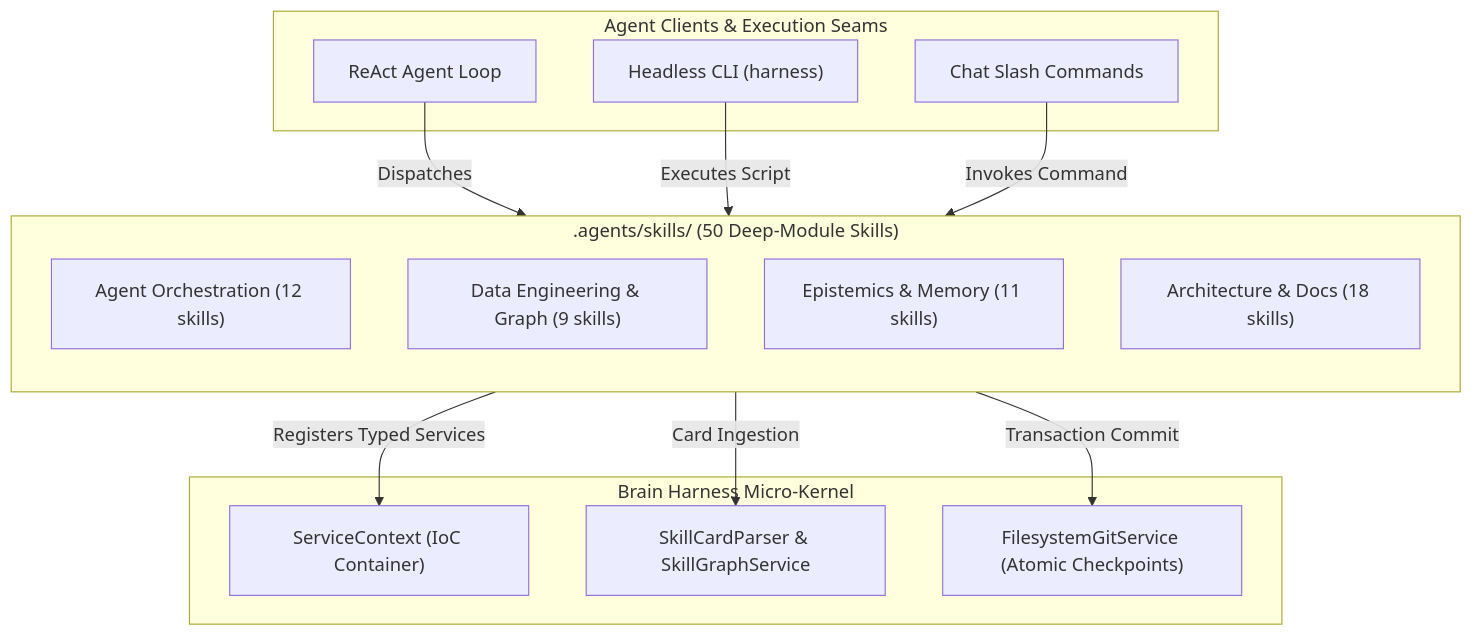
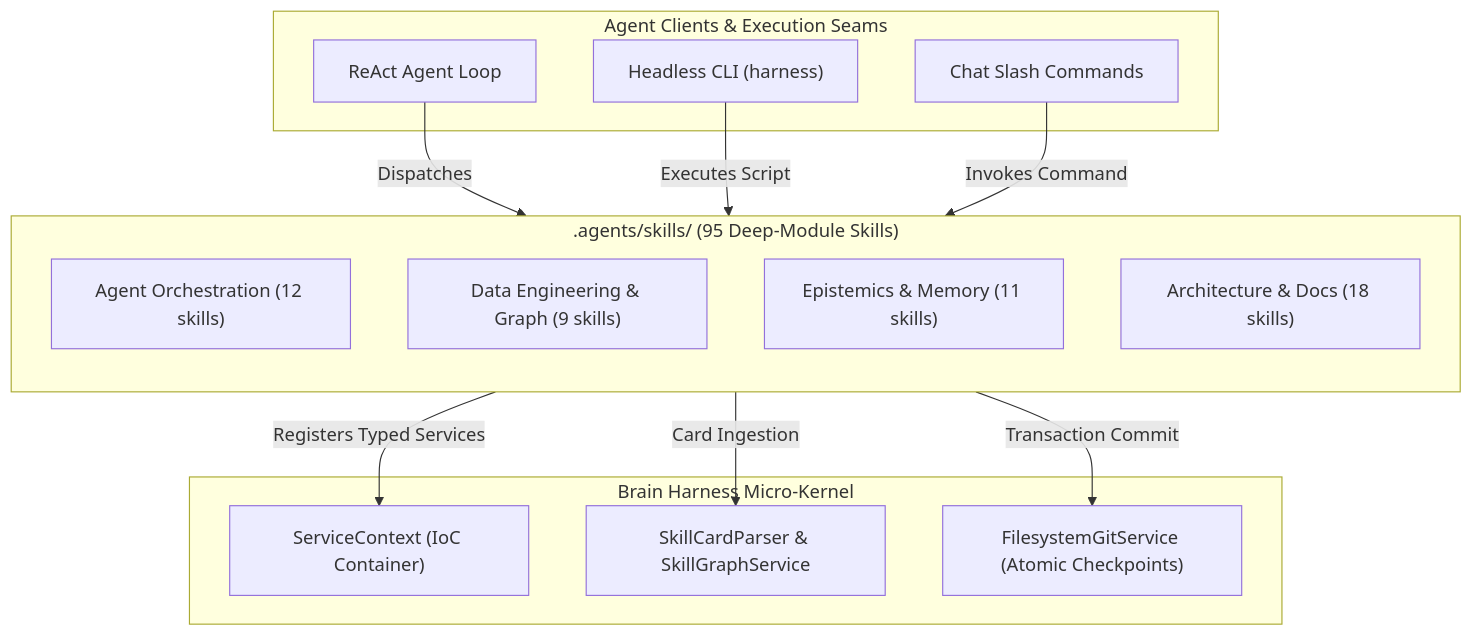
Before and after one commit to SpectreDeath/Brain-Harness: the diagram in .agents/skills/README.md, drawn with Mermaid. The commit also changed other lines of this file and 121 other files, not shown here.

````diff
--- a/.agents/skills/README.md
+++ b/.agents/skills/README.md
@@ -23,29 +23,29 @@
 ```mermaid
 flowchart TD
     subgraph Clients["Agent Clients &amp; Execution Seams"]
         A1["ReAct Agent Loop"]
         A2["Headless CLI (harness)"]
         A3["Chat Slash Commands"]
     end
 
-    subgraph SkillsCatalog[".agents/skills/ (50 Deep-Module Skills)"]
+    subgraph SkillsCatalog[".agents/skills/ (95 Deep-Module Skills)"]
         direction TB
         D1["Agent Orchestration (12 skills)"]
         D2["Data Engineering &amp; Graph (9 skills)"]
         D3["Epistemics &amp; Memory (11 skills)"]
         D4["Architecture &amp; Docs (18 skills)"]
     end
 
     subgraph MicroKernel["Brain Harness Micro-Kernel"]
         K1["ServiceContext (IoC Container)"]
         K2["SkillCardParser &amp; SkillGraphService"]
         K3["FilesystemGitService (Atomic Checkpoints)"]
     end
 
     A1 -->|Dispatches| SkillsCatalog
     A2 -->|Executes Script| SkillsCatalog
     A3 -->|Invokes Command| SkillsCatalog
     SkillsCatalog -->|Registers Typed Services| K1
     SkillsCatalog -->|Card Ingestion| K2
     SkillsCatalog -->|Transaction Commit| K3
 ```
````
